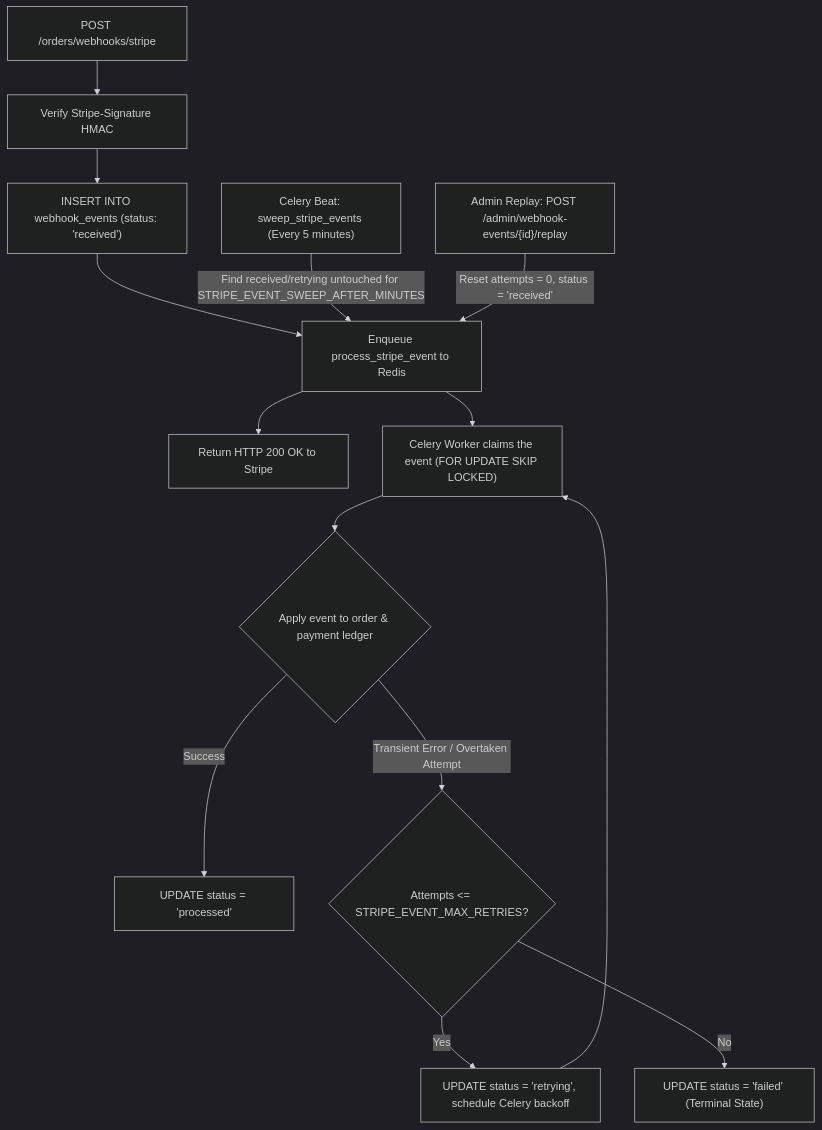
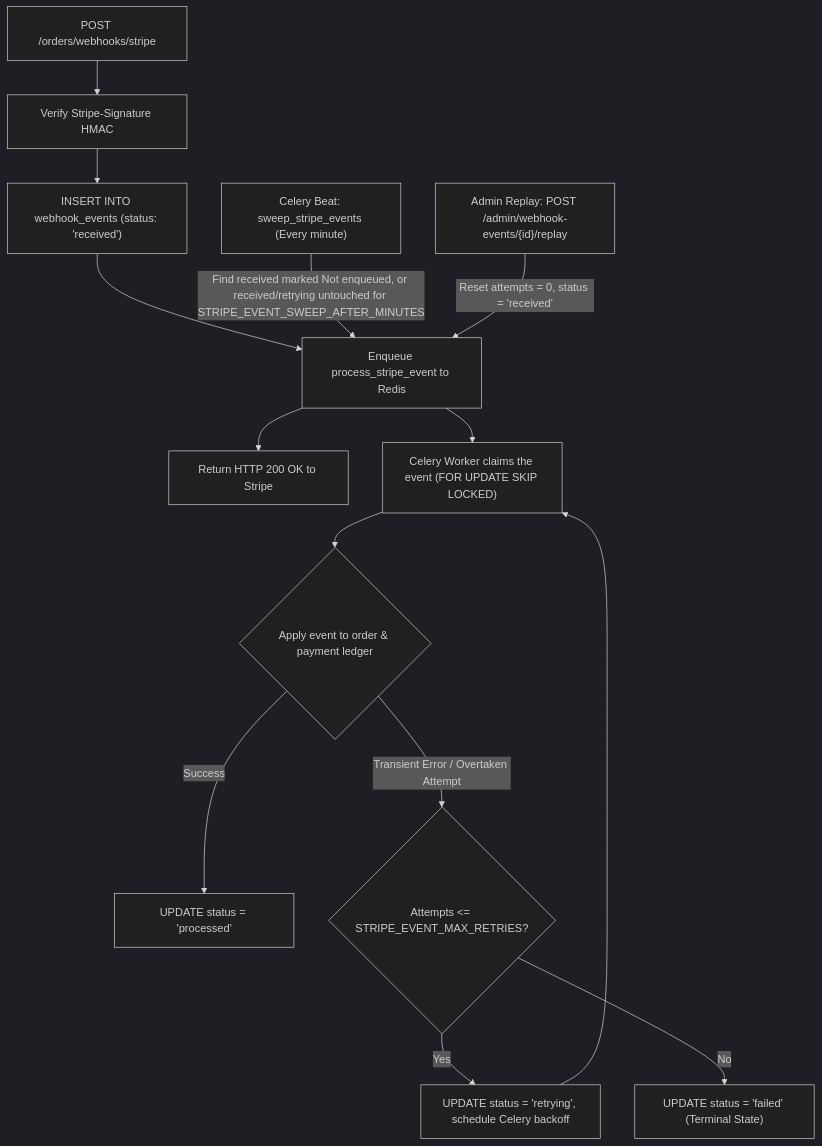
One commit to nadeko0/fastapi_e-commerce_backend changed the third of 4 diagrams in docs/ARCHITECTURE.md. Above: the diagram before and after it, drawn with Mermaid (dark theme). The commit also changed 14 other files, not shown here.

First line of the commit message:
fix(webhooks): publish an event the broker refused on the sweeper's next run

````diff
--- a/docs/ARCHITECTURE.md
+++ b/docs/ARCHITECTURE.md
@@ -108,20 +108,20 @@
 ```mermaid
 flowchart TD
     Ingress["POST /orders/webhooks/stripe"] --> Verify["Verify Stripe-Signature HMAC"]
     Verify --> Store["INSERT INTO webhook_events (status: 'received')"]
     Store --> Enqueue["Enqueue process_stripe_event to Redis"]
     Enqueue --> Ack["Return HTTP 200 OK to Stripe"]
 
     Enqueue --> Worker["Celery Worker claims the event (FOR UPDATE SKIP LOCKED)"]
     Worker --> Apply{"Apply event to order & payment ledger"}
     
     Apply -->|Success| Processed["UPDATE status = 'processed'"]
     Apply -->|Transient Error / Overtaken Attempt| Retry{"Attempts <= STRIPE_EVENT_MAX_RETRIES?"}
     
     Retry -->|Yes| Retrying["UPDATE status = 'retrying', schedule Celery backoff"]
     Retrying --> Worker
     Retry -->|No| Failed["UPDATE status = 'failed' (Terminal State)"]
 
-    Sweeper["Celery Beat: sweep_stripe_events (Every 5 minutes)"] -->|Find received/retrying untouched for STRIPE_EVENT_SWEEP_AFTER_MINUTES| Enqueue
+    Sweeper["Celery Beat: sweep_stripe_events (Every minute)"] -->|Find received marked Not enqueued, or received/retrying untouched for STRIPE_EVENT_SWEEP_AFTER_MINUTES| Enqueue
     Admin["Admin Replay: POST /admin/webhook-events/{id}/replay"] -->|Reset attempts = 0, status = 'received'| Enqueue
 ```
````
